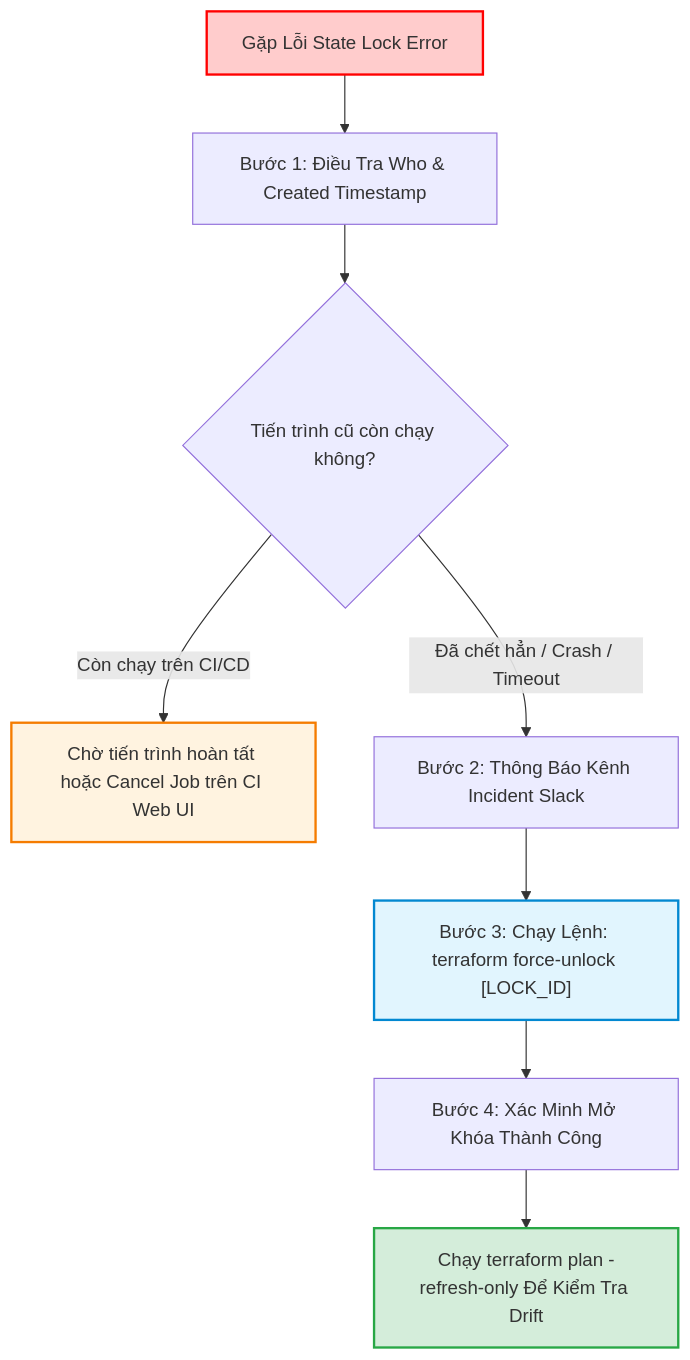
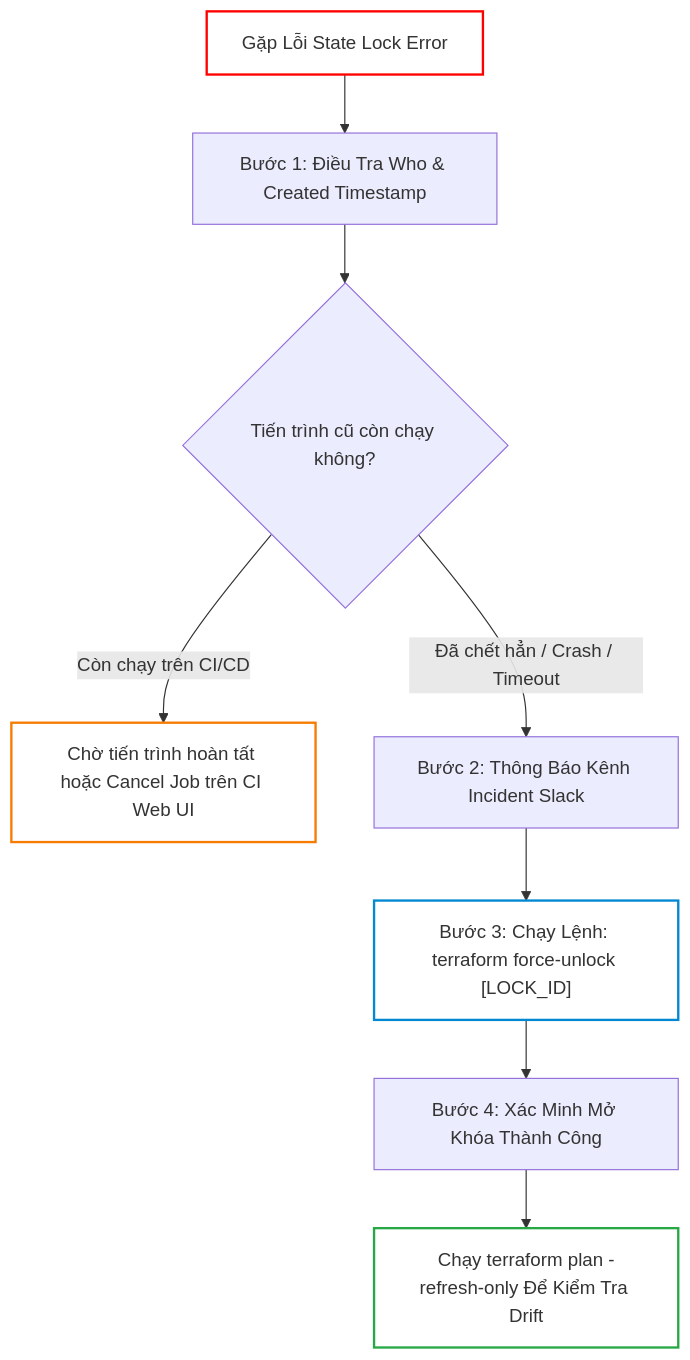
Before and after one commit to kiennt308/ntk: the second of 6 diagrams in _posts/2026-09-13-terraform-26-26-go-roi-state-lock-apply-nua-chung-va-cuu-ho-state-corruption.md, drawn with Mermaid. The commit also changed other lines of this file and 207 other files, not shown here.

Commit message:
feat(posts): batch standardize all 208 posts with TL;DR, qa-card accordion, fill:none mermaid, and liquid raw wrappers

````diff
--- a/_posts/2026-09-13-terraform-26-26-go-roi-state-lock-apply-nua-chung-va-cuu-ho-state-corruption.md
+++ b/_posts/2026-09-13-terraform-26-26-go-roi-state-lock-apply-nua-chung-va-cuu-ho-state-corruption.md
@@ -79,17 +83,17 @@
 ```mermaid
 flowchart TD
     A["Gặp Lỗi State Lock Error"] --> B["Bước 1: Điều Tra Who & Created Timestamp"]
     B --> C{Tiến trình cũ còn chạy không?}
     C -->|Còn chạy trên CI/CD| D["Chờ tiến trình hoàn tất hoặc Cancel Job trên CI Web UI"]
     C -->|Đã chết hẳn / Crash / Timeout| E["Bước 2: Thông Báo Kênh Incident Slack"]
     E --> F["Bước 3: Chạy Lệnh: terraform force-unlock [LOCK_ID]"]
     F --> G["Bước 4: Xác Minh Mở Khóa Thành Công"]
     G --> H["Chạy terraform plan -refresh-only Để Kiểm Tra Drift"]
 
-    style A fill:#ffcccc,stroke:#ff0000,stroke-width:2px
-    style D fill:#fff3e0,stroke:#f57c00,stroke-width:2px
-    style F fill:#e1f5fe,stroke:#0288d1,stroke-width:2px
-    style H fill:#d4edda,stroke:#28a745,stroke-width:2px
+    style A fill:none,stroke:#ff0000,stroke-width:2px
+    style D fill:none,stroke:#f57c00,stroke-width:2px
+    style F fill:none,stroke:#0288d1,stroke-width:2px
+    style H fill:none,stroke:#28a745,stroke-width:2px
 
 
 ```
````
